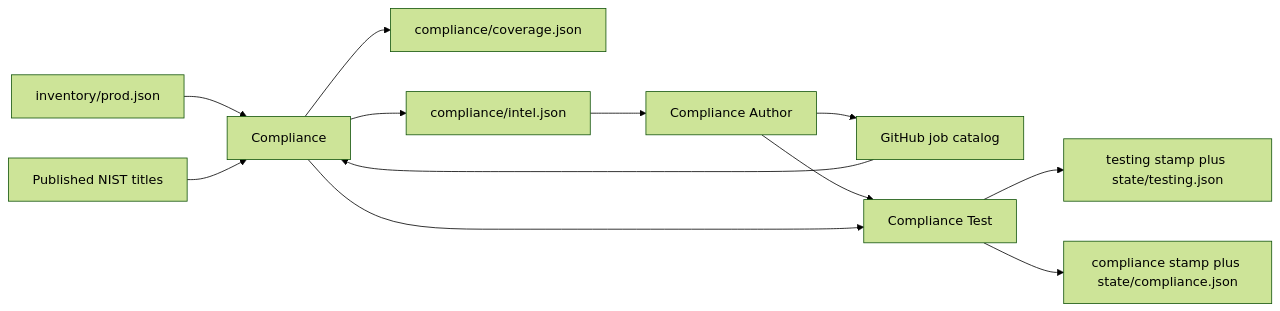
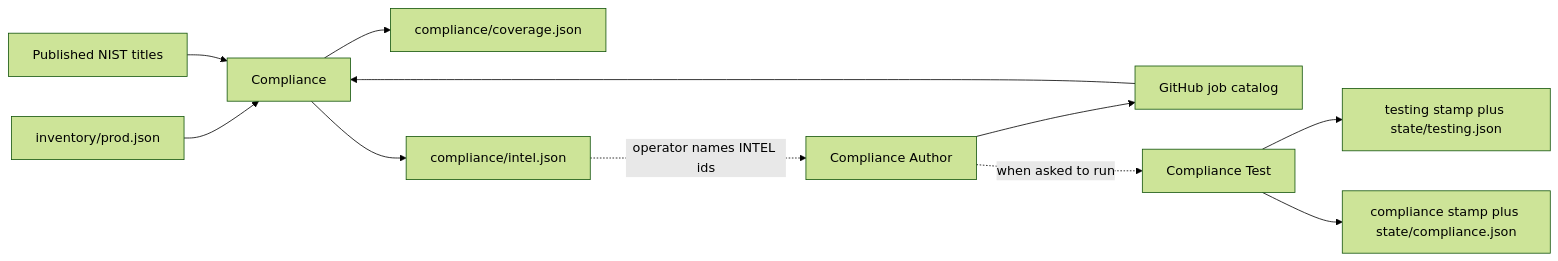
One commit to Presidio-Federal/ai-studio-netops changed the diagram in documentation/compliance-agents.md. Above: the diagram before and after it, drawn with Mermaid (forest theme). The commit also changed other lines of this file and 38 other files, not shown here.

````diff
--- a/documentation/compliance-agents.md
+++ b/documentation/compliance-agents.md
@@ -12,24 +13,23 @@
 ```mermaid
 flowchart LR
   Estate[inventory/prod.json]
   Git[GitHub job catalog]
   NIST[Published NIST titles]
   CI[Compliance]
   Cover[compliance/coverage.json]
   Intel[compliance/intel.json]
   CA[Compliance Author]
   CT[Compliance Test]
   Testing[testing stamp plus state/testing.json]
   CompRun[compliance stamp plus state/compliance.json]
   Estate --> CI
   Git --> CI
   NIST --> CI
   CI --> Cover
   CI --> Intel
-  Intel --> CA
+  Intel -.->|operator names INTEL ids| CA
   CA --> Git
-  CA --> CT
-  CI --> CT
+  CA -.->|when asked to run| CT
   CT --> Testing
   CT --> CompRun
 ```
````
